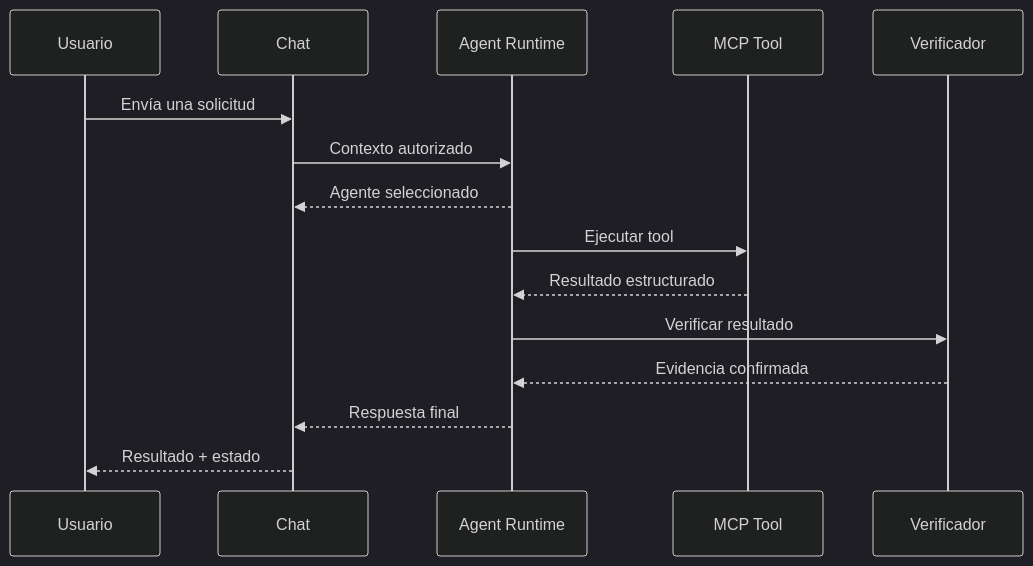
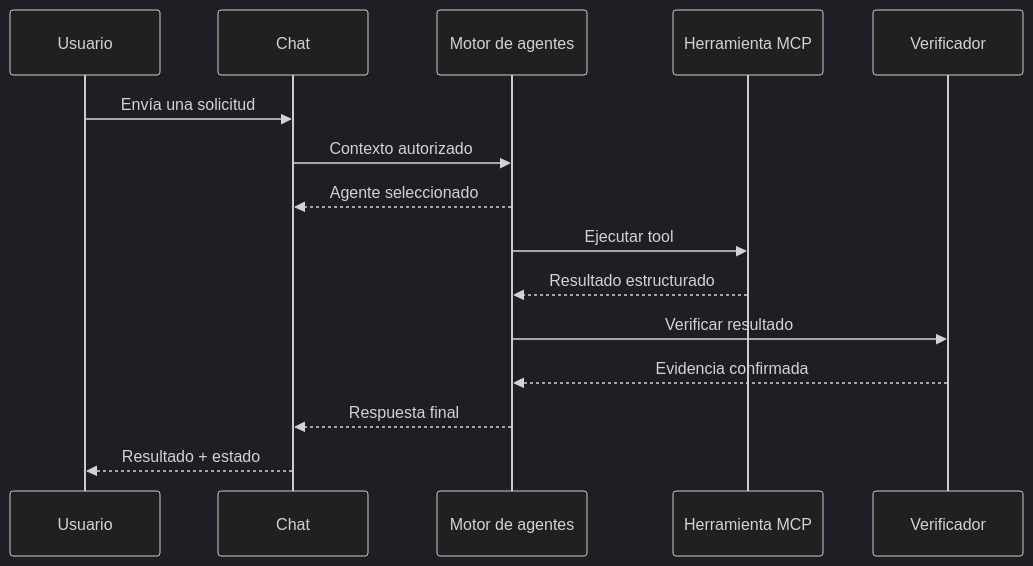
One commit to christiandejesus320-droid/Sandbox changed the eighth of 10 diagrams in docs/guia-conceptual-meridian.md. Above: the diagram before and after it, drawn with Mermaid (dark theme). The commit also changed other lines of this file, not shown here.

````diff
--- a/docs/guia-conceptual-meridian.md
+++ b/docs/guia-conceptual-meridian.md
@@ -230,18 +230,18 @@
 ```mermaid
 sequenceDiagram
     participant U as Usuario
     participant C as Chat
-    participant A as Agent Runtime
-    participant M as MCP Tool
+    participant A as Motor de agentes
+    participant M as Herramienta MCP
     participant V as Verificador
 
     U->>C: Envía una solicitud
     C->>A: Contexto autorizado
     A-->>C: Agente seleccionado
     A->>M: Ejecutar tool
     M-->>A: Resultado estructurado
     A->>V: Verificar resultado
     V-->>A: Evidencia confirmada
     A-->>C: Respuesta final
     C-->>U: Resultado + estado
 ```
````
